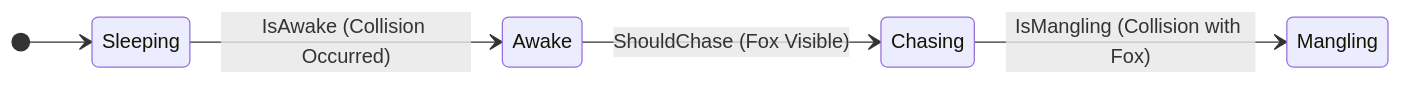
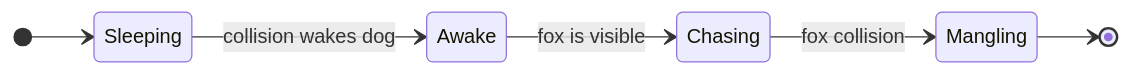
The diagram in README.md (TrentBest/SimpleDemos), drawn with Mermaid before and after one commit. The commit also changed other lines of this file, not shown here.

Commit message:
Document fox and dog FSM demos with Workshop identity

````diff
--- a/README.md
+++ b/README.md
@@ -47,10 +76,9 @@
 ```mermaid
 stateDiagram-v2
     direction LR
     [*] --> Sleeping
-    Sleeping --> Awake : IsAwake (Collision Occurred)
-    Awake --> Chasing : ShouldChase (Fox Visible)
-    Chasing --> Mangling : IsMangling (Collision with Fox)
-    
-    state Mangling <<terminal>>
+    Sleeping --> Awake : collision wakes dog
+    Awake --> Chasing : fox is visible
+    Chasing --> Mangling : fox collision
+    Mangling --> [*]
 ```
````
